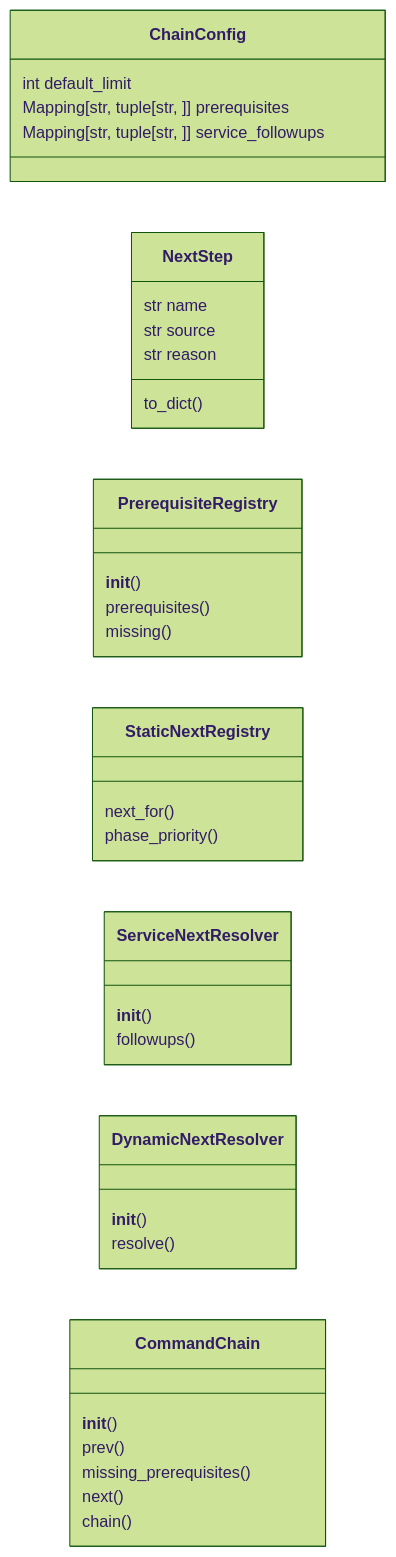
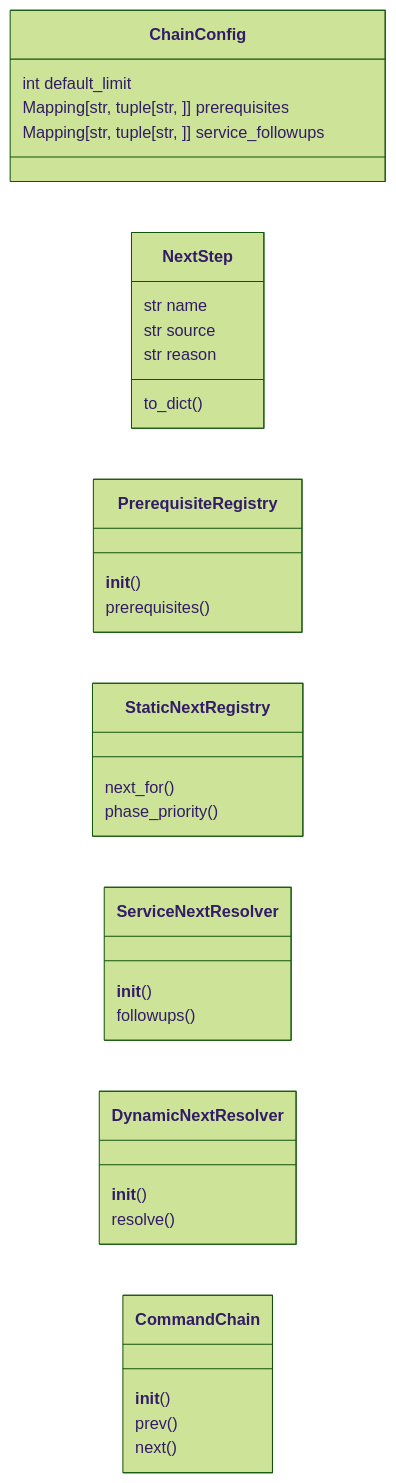
One commit to grisuno/LazyOwn changed the first of 2 diagrams in readmenator-apidocs/modules/cli.command_chain.py.md. Above: the diagram before and after it, drawn with Mermaid (forest theme). The commit also changed other lines of this file and 434 other files, not shown here.

````diff
--- a/readmenator-apidocs/modules/cli.command_chain.py.md
+++ b/readmenator-apidocs/modules/cli.command_chain.py.md
@@ -40,32 +40,29 @@
 ```mermaid
 classDiagram
     direction LR
     class ChainConfig
     ChainConfig : int default_limit
     ChainConfig : Mapping[str, tuple[str, ]] prerequisites
     ChainConfig : Mapping[str, tuple[str, ]] service_followups
     class NextStep
     NextStep : str name
     NextStep : str source
     NextStep : str reason
     NextStep : to_dict()
     class PrerequisiteRegistry
     PrerequisiteRegistry : __init__()
     PrerequisiteRegistry : prerequisites()
-    PrerequisiteRegistry : missing()
     class StaticNextRegistry
     StaticNextRegistry : next_for()
     StaticNextRegistry : phase_priority()
     class ServiceNextResolver
     ServiceNextResolver : __init__()
     ServiceNextResolver : followups()
     class DynamicNextResolver
     DynamicNextResolver : __init__()
     DynamicNextResolver : resolve()
     class CommandChain
     CommandChain : __init__()
     CommandChain : prev()
-    CommandChain : missing_prerequisites()
     CommandChain : next()
-    CommandChain : chain()
 ```
````
